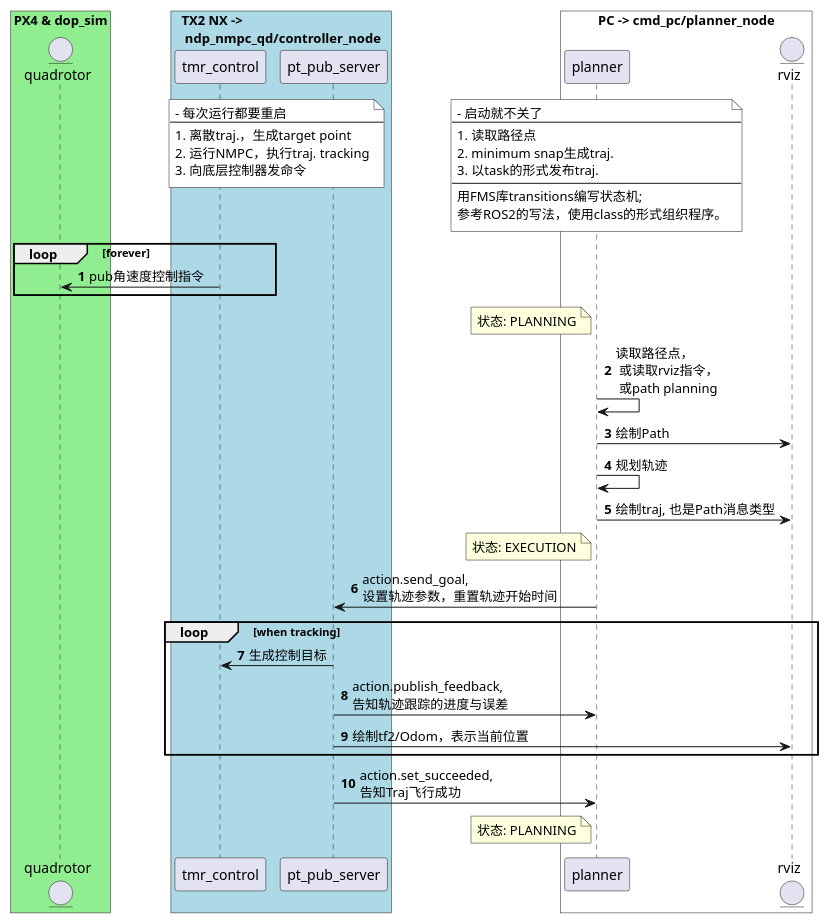
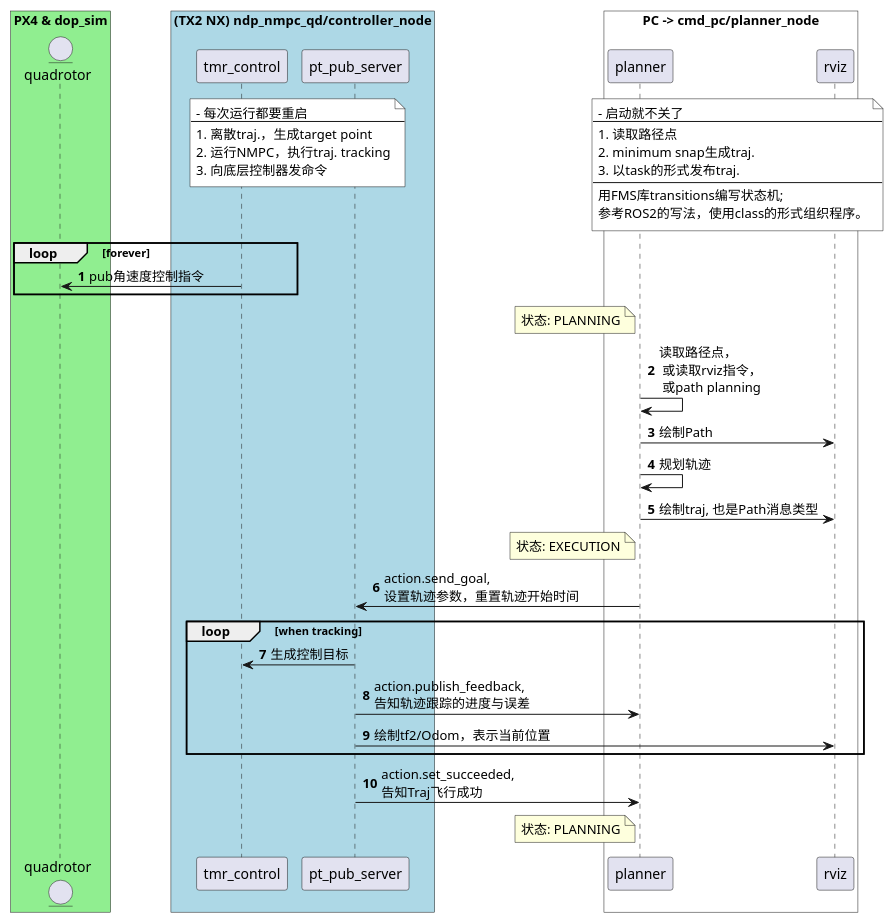
One commit to Li-Jinjie/cmd_pc changed the diagram in UMLs/workflow.puml. Above: the diagram before and after it, drawn with PlantUML.

```diff
--- a/UMLs/workflow.puml
+++ b/UMLs/workflow.puml
@@ -1,80 +1,80 @@
 @startuml
 'https://plantuml.com/sequence-diagram
 
 autonumber
 
 box "PX4 & dop_sim" #LightGreen
 entity quadrotor
 end box
 
-box "TX2 NX -> \n ndp_nmpc_qd/controller_node" #LightBLUE
+box "(TX2 NX)  ndp_nmpc_qd/controller_node" #LightBLUE
 participant tmr_control
 participant pt_pub_server
 end box
 
 note over tmr_control, pt_pub_server #white
 - 每次运行都要重启
 ---
 1. 离散traj.，生成target point
 2. 运行NMPC，执行traj. tracking
 3. 向底层控制器发命令
 end note
 
-/note over of planner #white
+/note over planner, rviz #white
 - 启动就不关了
 ---
 1. 读取路径点
 2. minimum snap生成traj.
 3. 以task的形式发布traj.
 ---
 用FMS库transitions编写状态机;
 参考ROS2的写法，使用class的形式组织程序。
 end note
 
 loop forever
 tmr_control -> quadrotor: pub角速度控制指令
 end
 
 'note right of pt_publisher #aqua
 '需要从ROS里拿一个parameter
 '确定是选SE3还是NMPC
 'end note
 
 box "PC -> cmd_pc/planner_node" #White
 participant planner
 entity rviz
 end box
 
 note left planner
 状态: PLANNING
 end note
 planner -> planner: 读取路径点，\n 或读取rviz指令，\n 或path planning
 planner -> rviz: 绘制Path
 'path_planner -> traj_generator: self_defined.srv.FollowPath
 
 planner -> planner: 规划轨迹
 planner -> rviz: 绘制traj, 也是Path消息类型
 
 note left of planner
 状态: EXECUTION
 end note
 
 planner -> pt_pub_server: action.send_goal, \n设置轨迹参数，重置轨迹开始时间
 
 loop when tracking
     pt_pub_server -> tmr_control: 生成控制目标
     pt_pub_server -> planner: action.publish_feedback, \n告知轨迹跟踪的进度与误差
     pt_pub_server -> rviz: 绘制tf2/Odom，表示当前位置
 end
 
 pt_pub_server -> planner: action.set_succeeded, \n告知Traj飞行成功
 'planner -> planner: self_defined.srv.FollowPath, \n告知Path是否飞行成功
 
 note left of planner
 状态: PLANNING
 end note
 
 ' 状态： TAKEOFF, PLANNING, EXECUTION, LAND
 
 
 @enduml
```
